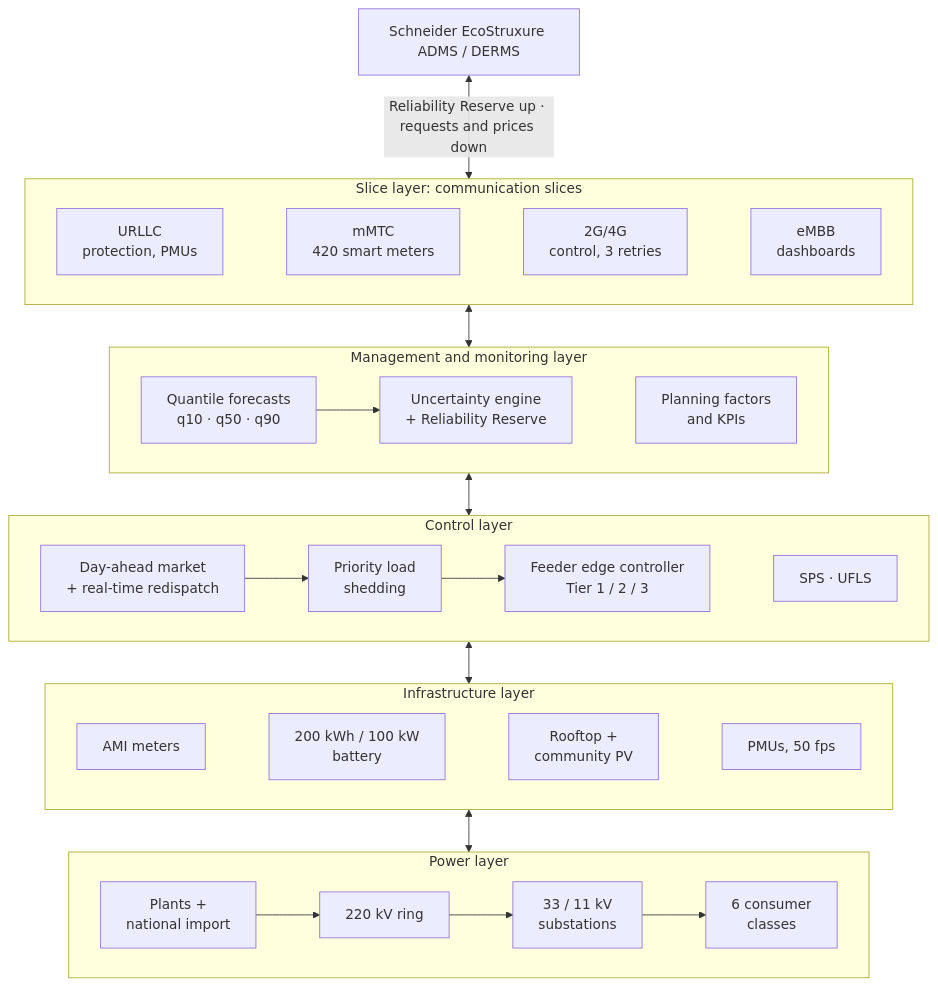
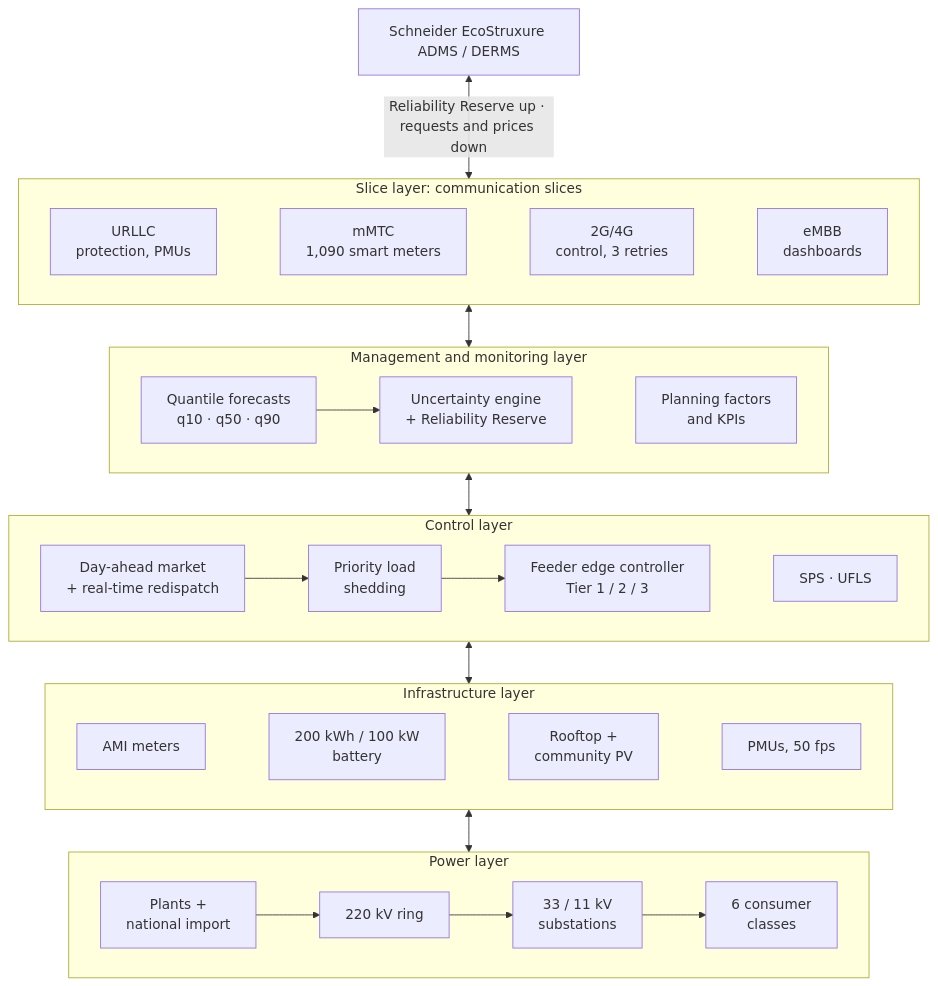
The first of 8 diagrams in README.md (HUNT-001/GridSetu), drawn with Mermaid before and after one commit. The commit also changed other lines of this file and 60 other files, not shown here.

````diff
--- a/README.md
+++ b/README.md
@@ -198,35 +198,35 @@
 ```mermaid
 flowchart TB
     ADMS["Schneider EcoStruxure ADMS / DERMS"]
 
     subgraph SLICE["Slice layer: communication slices"]
         direction LR
-        U["URLLC<br/>protection, PMUs"] ~~~ M["mMTC<br/>420 smart meters"] ~~~ C2["2G/4G<br/>control, 3 retries"] ~~~ E["eMBB<br/>dashboards"]
+        U["URLLC<br/>protection, PMUs"] ~~~ M["mMTC<br/>1,090 smart meters"] ~~~ C2["2G/4G<br/>control, 3 retries"] ~~~ E["eMBB<br/>dashboards"]
     end
 
     subgraph MGMT["Management and monitoring layer"]
         direction LR
         FC["Quantile forecasts<br/>q10 · q50 · q90"] --> RES["Uncertainty engine<br/>+ Reliability Reserve"] ~~~ KPI["Planning factors<br/>and KPIs"]
     end
 
     subgraph CTRL["Control layer"]
         direction LR
         MKT["Day-ahead market<br/>+ real-time redispatch"] --> SHED["Priority load<br/>shedding"] --> EDGE["Feeder edge controller<br/>Tier 1 / 2 / 3"] ~~~ PROT["SPS · UFLS"]
     end
 
     subgraph INFRA["Infrastructure layer"]
         direction LR
         AMI["AMI meters"] ~~~ BAT["200 kWh / 100 kW<br/>battery"] ~~~ PV["Rooftop +<br/>community PV"] ~~~ PMU["PMUs, 50 fps"]
     end
 
     subgraph POWER["Power layer"]
         direction LR
         GEN["Plants +<br/>national import"] --> TX["220 kV ring"] --> DIST["33 / 11 kV<br/>substations"] --> LOAD["6 consumer<br/>classes"]
     end
 
     ADMS <-- "Reliability Reserve up · requests and prices down" --> SLICE
     SLICE <--> MGMT
     MGMT <--> CTRL
     CTRL <--> INFRA
     INFRA <--> POWER
 ```
````
